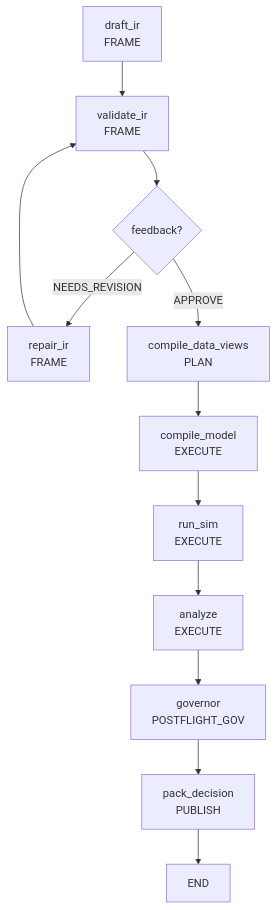
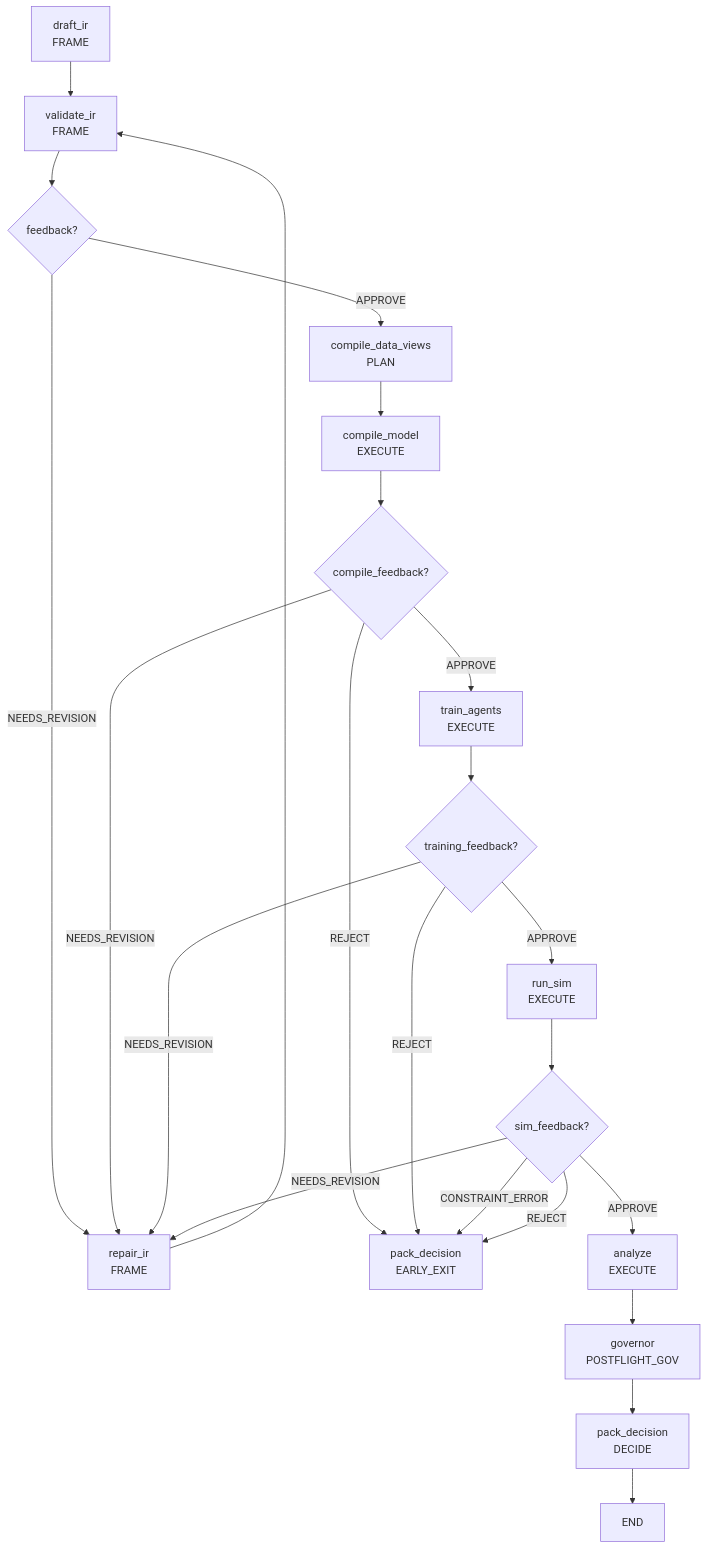
Before and after one commit to DenisKopylov/polisyos: the diagram in policy-engine/src/polisyos/scientist/README.md, drawn with Mermaid. The commit also changed other lines of this file and 43 other files, not shown here.

````diff
--- a/policy-engine/src/polisyos/scientist/README.md
+++ b/policy-engine/src/polisyos/scientist/README.md
@@ -82,14 +117,31 @@
 ```mermaid
 graph TD
     A[draft_ir<br/>FRAME] --> B[validate_ir<br/>FRAME]
     B --> C{feedback?}
     C -->|NEEDS_REVISION| D[repair_ir<br/>FRAME]
     C -->|APPROVE| E[compile_data_views<br/>PLAN]
     D --> B
+
     E --> F[compile_model<br/>EXECUTE]
-    F --> G[run_sim<br/>EXECUTE]
-    G --> H[analyze<br/>EXECUTE]
-    H --> I[governor<br/>POSTFLIGHT_GOV]
-    I --> J[pack_decision<br/>PUBLISH]
-    J --> K[END]
+    F --> G{compile_feedback?}
+    G -->|NEEDS_REVISION| D
+    G -->|REJECT| J
+    G -->|APPROVE| H[train_agents<br/>EXECUTE]
+
+    H --> I{training_feedback?}
+    I -->|NEEDS_REVISION| D
+    I -->|REJECT| J
+    I -->|APPROVE| K[run_sim<br/>EXECUTE]
+
+    K --> L{sim_feedback?}
+    L -->|CONSTRAINT_ERROR| J
+    L -->|NEEDS_REVISION| D
+    L -->|REJECT| J
+    L -->|APPROVE| M[analyze<br/>EXECUTE]
+
+    M --> N[governor<br/>POSTFLIGHT_GOV]
+    N --> O[pack_decision<br/>DECIDE]
+    O --> P[END]
+
+    J[pack_decision<br/>EARLY_EXIT]
 ```
````
